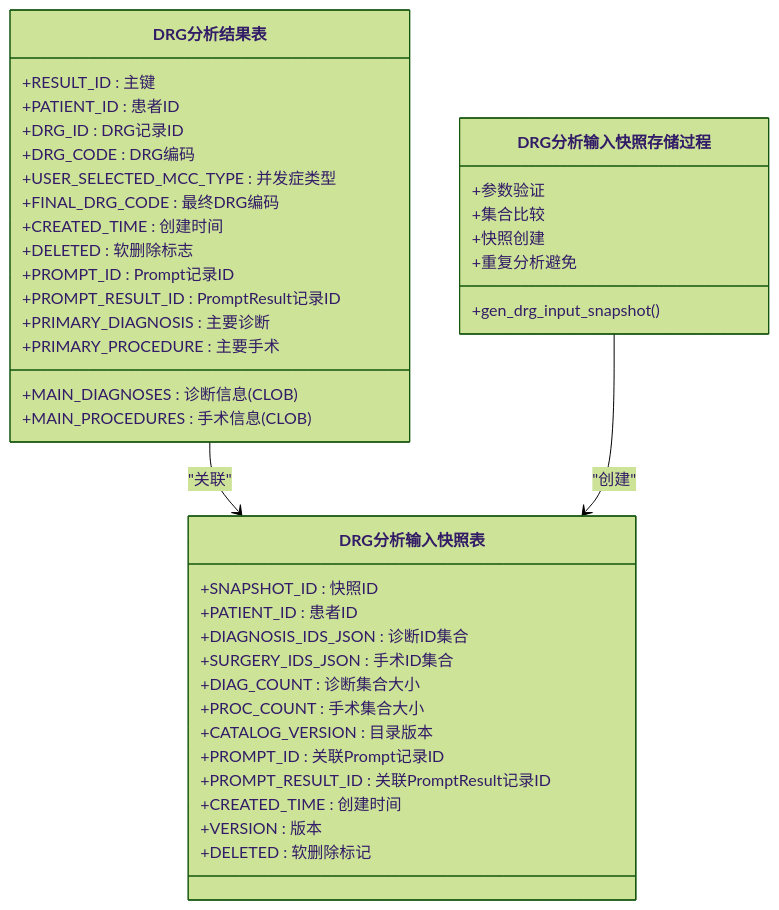
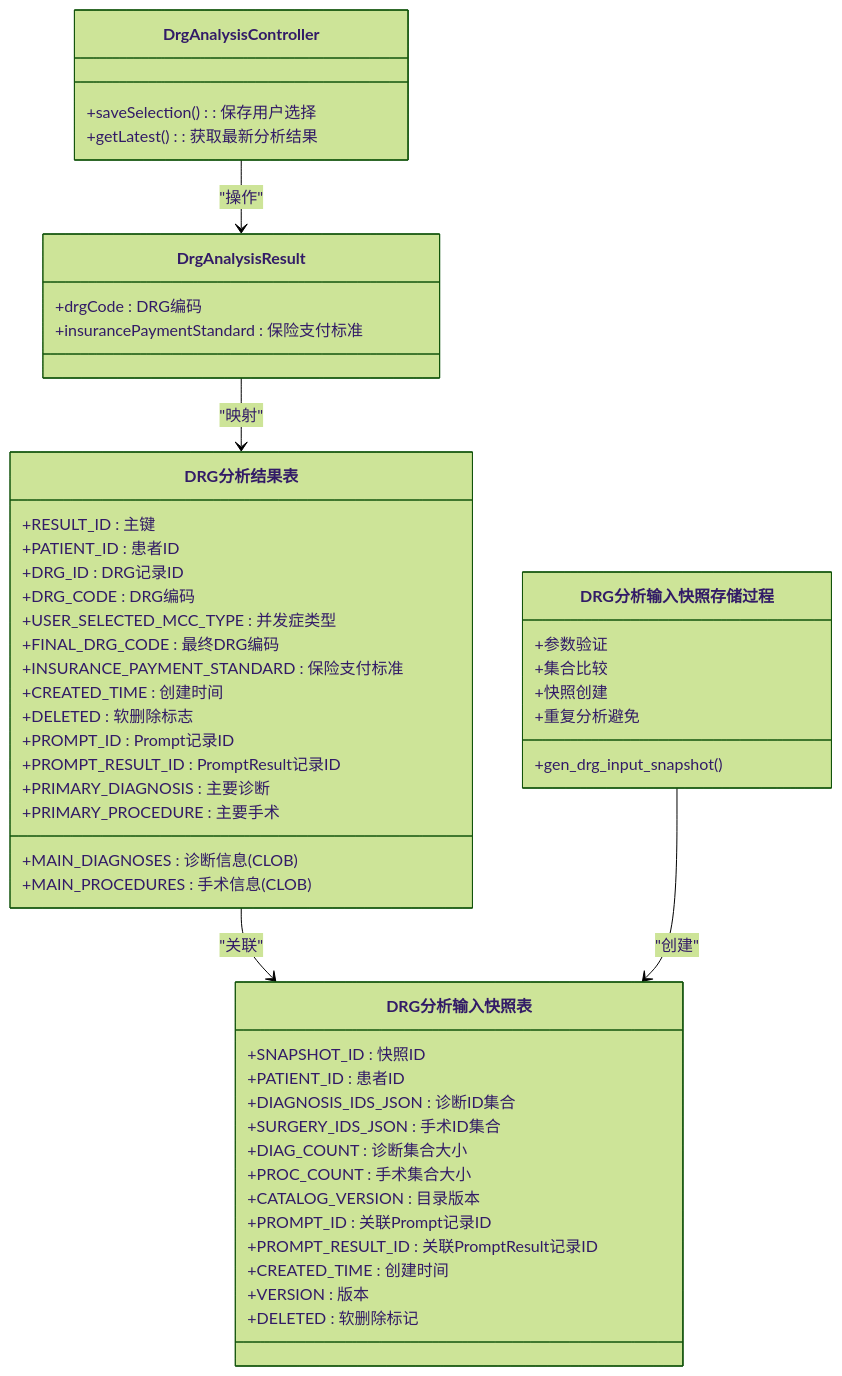
Before and after one commit to liuzh2008/med_ai_assistant_workspace: the second of 25 diagrams in .qoder/repowiki/zh/content/Database Operations/Database Operations.md, drawn with Mermaid (forest theme). The commit also changed other lines of this file and 6 other files, not shown here.

````diff
--- a/.qoder/repowiki/zh/content/Database Operations/Database Operations.md
+++ b/.qoder/repowiki/zh/content/Database Operations/Database Operations.md
@@ -94,42 +105,53 @@
 ```mermaid
 classDiagram
 class DRG分析结果表 {
 +RESULT_ID : 主键
 +PATIENT_ID : 患者ID
 +DRG_ID : DRG记录ID
 +DRG_CODE : DRG编码
 +MAIN_DIAGNOSES : 诊断信息(CLOB)
 +MAIN_PROCEDURES : 手术信息(CLOB)
 +USER_SELECTED_MCC_TYPE : 并发症类型
 +FINAL_DRG_CODE : 最终DRG编码
++INSURANCE_PAYMENT_STANDARD : 保险支付标准
 +CREATED_TIME : 创建时间
 +DELETED : 软删除标志
 +PROMPT_ID : Prompt记录ID
 +PROMPT_RESULT_ID : PromptResult记录ID
 +PRIMARY_DIAGNOSIS : 主要诊断
 +PRIMARY_PROCEDURE : 主要手术
 }
 class DRG分析输入快照表 {
 +SNAPSHOT_ID : 快照ID
 +PATIENT_ID : 患者ID
 +DIAGNOSIS_IDS_JSON : 诊断ID集合
 +SURGERY_IDS_JSON : 手术ID集合
 +DIAG_COUNT : 诊断集合大小
 +PROC_COUNT : 手术集合大小
 +CATALOG_VERSION : 目录版本
 +PROMPT_ID : 关联Prompt记录ID
 +PROMPT_RESULT_ID : 关联PromptResult记录ID
 +CREATED_TIME : 创建时间
 +VERSION : 版本
 +DELETED : 软删除标记
 }
 class DRG分析输入快照存储过程 {
 +gen_drg_input_snapshot()
 +参数验证
 +集合比较
 +快照创建
 +重复分析避免
 }
+class DrgAnalysisResult {
++drgCode : DRG编码
++insurancePaymentStandard : 保险支付标准
+}
+class DrgAnalysisController {
++saveSelection() : 保存用户选择
++getLatest() : 获取最新分析结果
+}
 DRG分析结果表 --> DRG分析输入快照表 : "关联"
 DRG分析输入快照存储过程 --> DRG分析输入快照表 : "创建"
+DrgAnalysisResult --> DRG分析结果表 : "映射"
+DrgAnalysisController --> DrgAnalysisResult : "操作"
 ```
````
